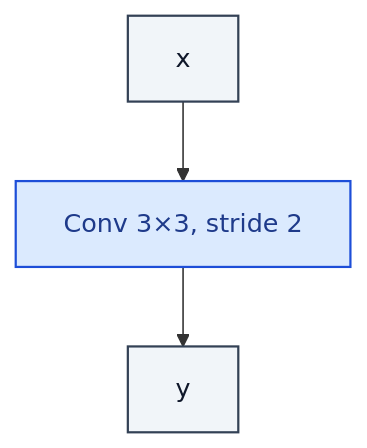
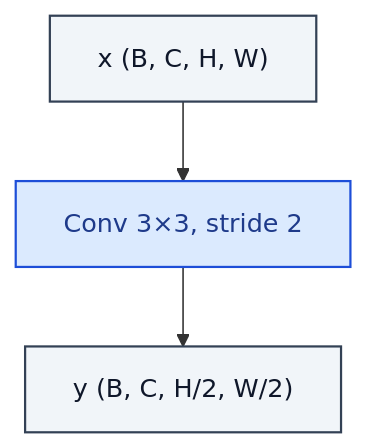
Before and after one commit to RealityShifts/Srivastava-book-of-Blocks-diagrams: the diagram in unet_diffusion/DownsampleBlock.md, drawn with Mermaid. The commit also changed 123 other files, not shown here.

````diff
--- a/unet_diffusion/DownsampleBlock.md
+++ b/unet_diffusion/DownsampleBlock.md
@@ -7,17 +7,18 @@
 ```mermaid
 flowchart TD
-    n0_0["x"]:::io
+    n0_0["x  (B, C, H, W)"]:::io
     n1_0["Conv 3×3, stride 2"]:::op
-    n2_0["y"]:::io
+    n2_0["y  (B, C, H/2, W/2)"]:::io
     n0_0 --> n1_0
     n1_0 --> n2_0
     classDef io fill:#f1f5f9,stroke:#334155,stroke-width:1.4px,color:#0f172a
     classDef op fill:#dbeafe,stroke:#1d4ed8,stroke-width:1.4px,color:#1e3a8a
     classDef norm fill:#dcfce7,stroke:#15803d,stroke-width:1.4px,color:#14532d
     classDef act fill:#ffedd5,stroke:#c2410c,stroke-width:1.4px,color:#7c2d12
     classDef attn fill:#ede9fe,stroke:#6d28d9,stroke-width:1.4px,color:#4c1d95
     classDef merge fill:#fef3c7,stroke:#b45309,stroke-width:1.4px,color:#78350f
     classDef emb fill:#fef9c3,stroke:#a16207,stroke-width:1.4px,color:#713f12
     classDef loss fill:#fee2e2,stroke:#b91c1c,stroke-width:1.4px,color:#7f1d1d
     classDef ctrl fill:#f5f5f4,stroke:#52525b,stroke-width:1.4px,color:#27272a
+    classDef ref fill:#e0f2fe,stroke:#0369a1,stroke-width:2px,color:#0c4a6e,stroke-dasharray: 4 2
 ```
````
